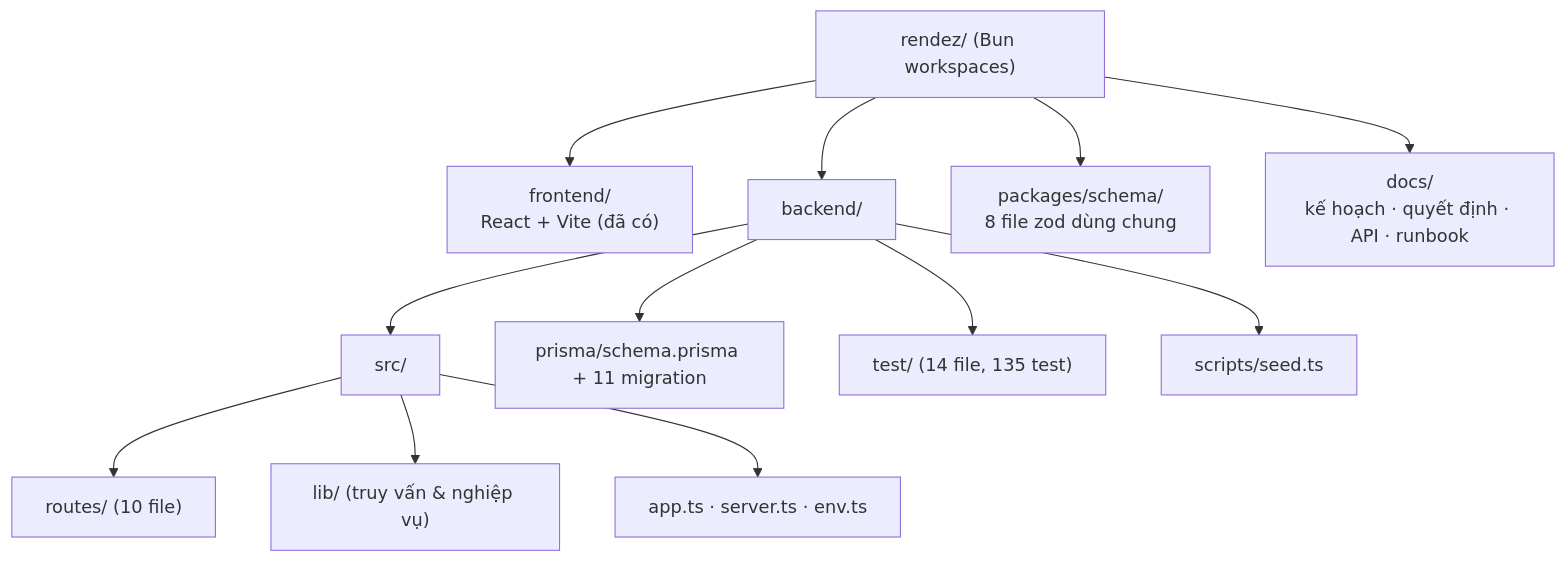
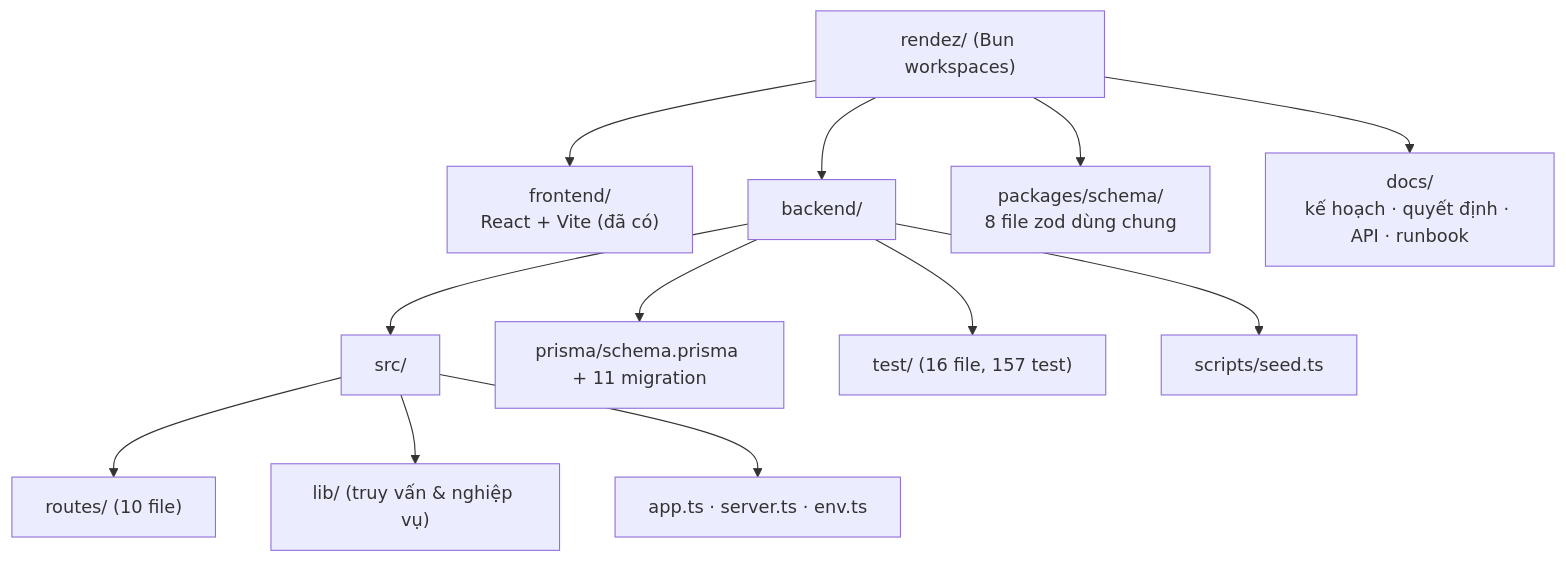
The sixth of 14 diagrams in docs/bao-cao/BAO-CAO-DO-AN.md (longqt321/Rendez-PBL6), drawn with Mermaid before and after one commit. The commit also changed other lines of this file, not shown here.

````diff
--- a/docs/bao-cao/BAO-CAO-DO-AN.md
+++ b/docs/bao-cao/BAO-CAO-DO-AN.md
@@ -443,15 +445,15 @@
 ```mermaid
 flowchart TB
   Root["rendez/ (Bun workspaces)"]
   Root --> FE["frontend/<br/>React + Vite (đã có)"]
   Root --> BE["backend/"]
   Root --> PKG["packages/schema/<br/>8 file zod dùng chung"]
   Root --> DOC["docs/<br/>kế hoạch · quyết định · API · runbook"]
   BE --> SRC["src/"]
   SRC --> R["routes/ (10 file)"]
   SRC --> L["lib/ (truy vấn & nghiệp vụ)"]
   SRC --> I["app.ts · server.ts · env.ts"]
   BE --> PR["prisma/schema.prisma + 11 migration"]
-  BE --> T["test/ (14 file, 135 test)"]
+  BE --> T["test/ (16 file, 157 test)"]
   BE --> SC["scripts/seed.ts"]
 ```
````
